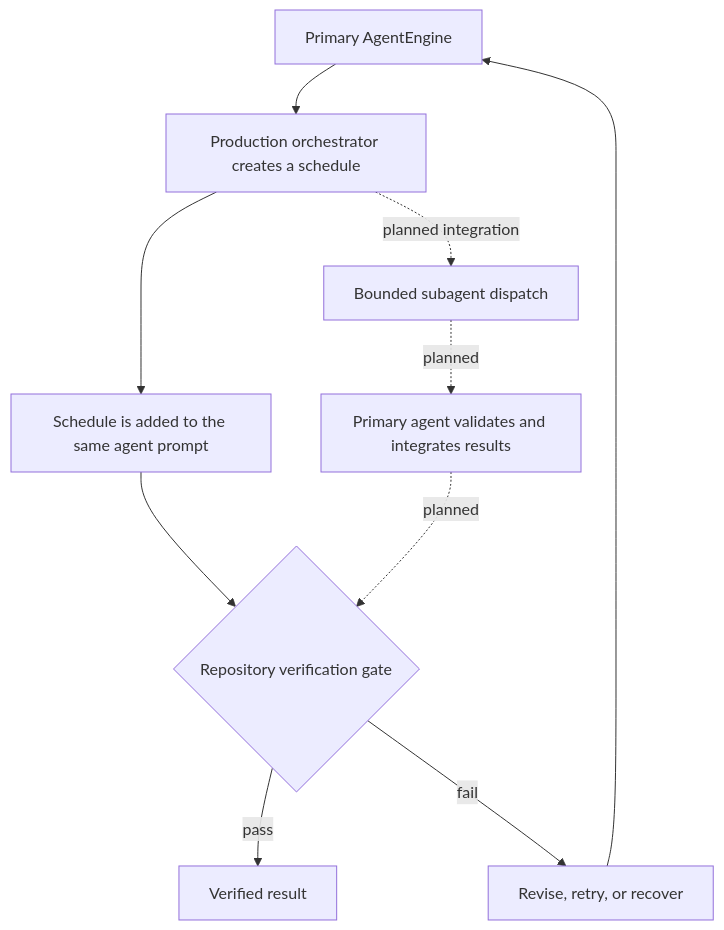
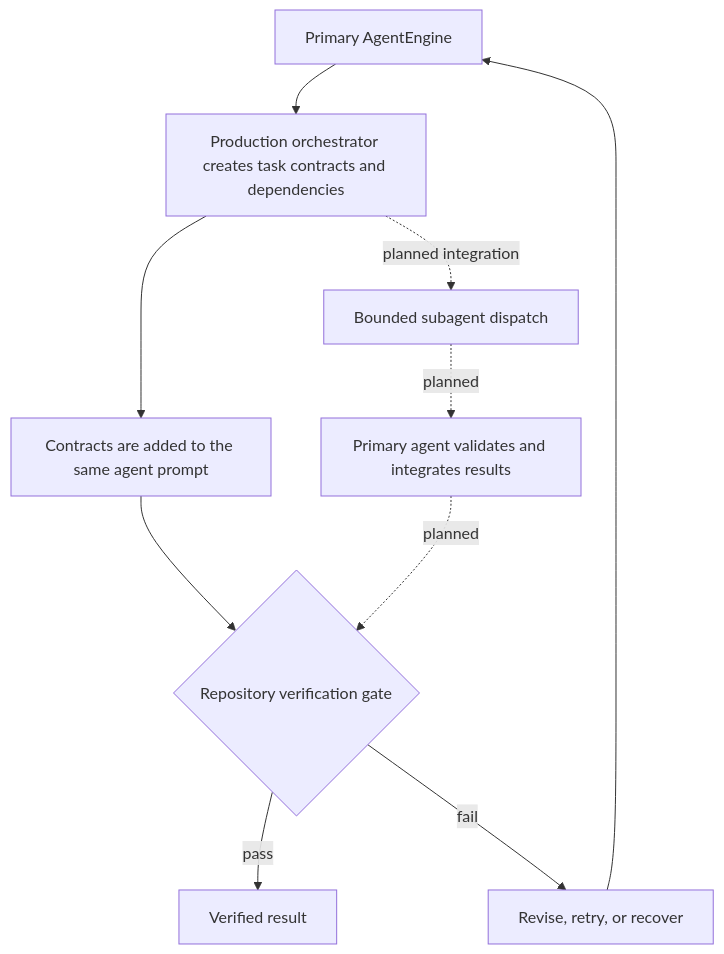
Before and after one commit to benclawbot/Medusa: the third of 5 diagrams in docs/ARCHITECTURE.md, drawn with Mermaid. The commit also changed other lines of this file, not shown here.

Commit message:
Correct orchestration architecture details

````diff
--- a/docs/ARCHITECTURE.md
+++ b/docs/ARCHITECTURE.md
@@ -72,12 +72,12 @@
 ```mermaid
 flowchart TD
-    P[Primary AgentEngine] --> S[Production orchestrator creates a schedule]
-    S --> E[Schedule is added to the same agent prompt]
+    P[Primary AgentEngine] --> C[Production orchestrator creates task contracts and dependencies]
+    C --> E[Contracts are added to the same agent prompt]
     E --> G{Repository verification gate}
     G -->|pass| Done[Verified result]
     G -->|fail| Fix[Revise, retry, or recover]
     Fix --> P
-    S -. planned integration .-> D[Bounded subagent dispatch]
+    C -. planned integration .-> D[Bounded subagent dispatch]
     D -. planned .-> I[Primary agent validates and integrates results]
     I -. planned .-> G
 ```
````
